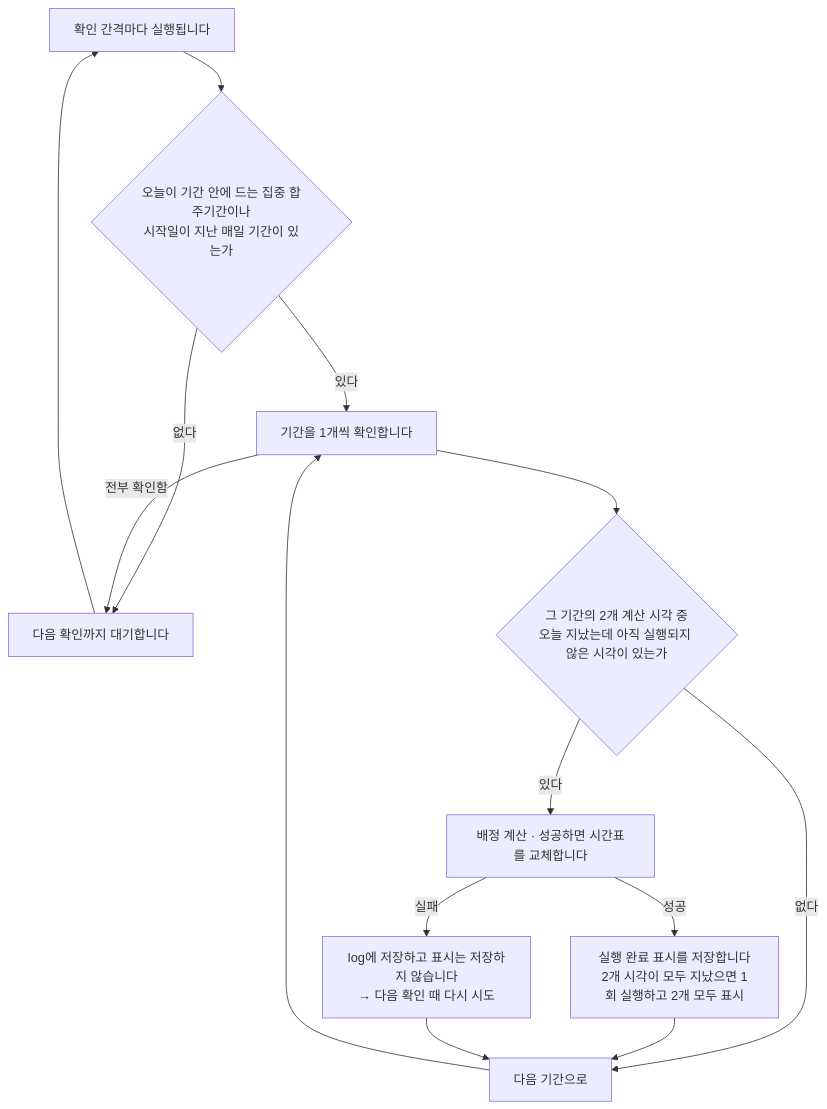
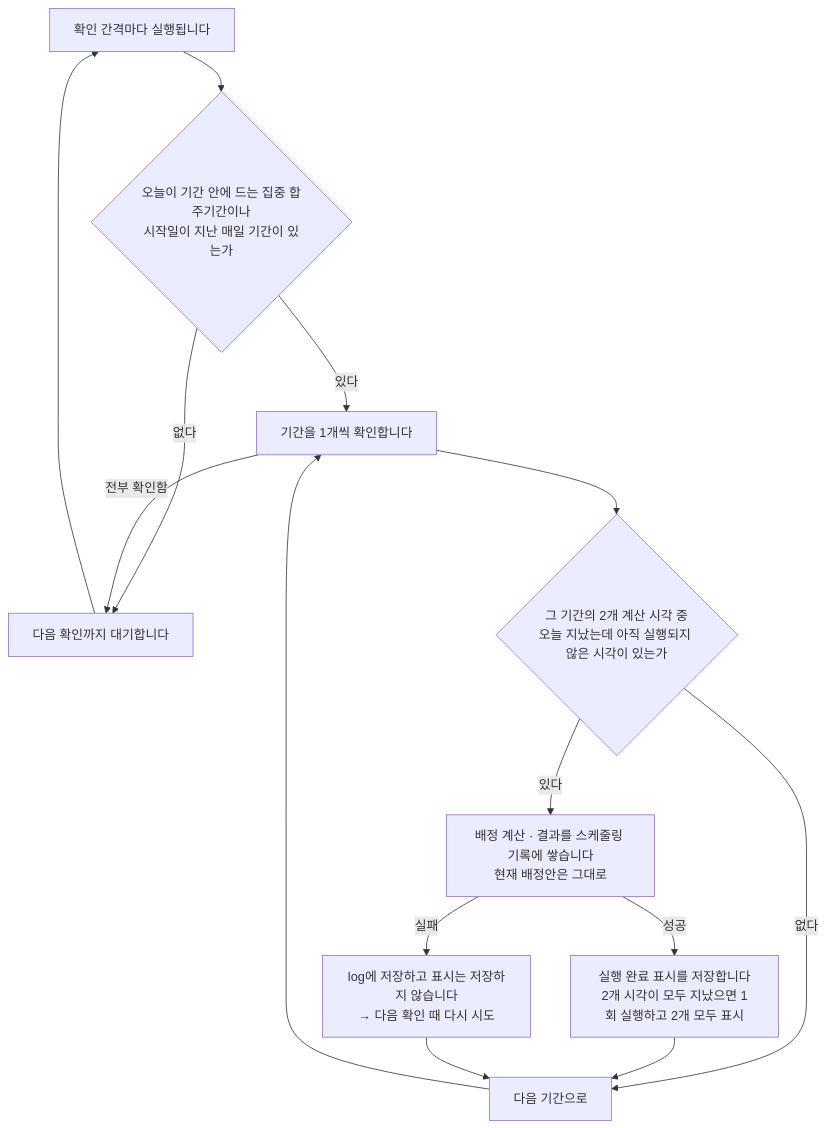
The second of 3 diagrams in .cluedoc/auto-assignment/auto-assignment.md (minkong-dev/Banblit), drawn with Mermaid before and after one commit. The commit also changed other lines of this file and 40 other files, not shown here.

````diff
--- a/.cluedoc/auto-assignment/auto-assignment.md
+++ b/.cluedoc/auto-assignment/auto-assignment.md
@@ -175,16 +188,16 @@
 ```mermaid
 flowchart TD
     W[확인 간격마다 실행됩니다] --> P{오늘이 기간 안에 드는 집중 합주기간이나<br/>시작일이 지난 매일 기간이 있는가}
     P -->|없다| S[다음 확인까지 대기합니다]
     P -->|있다| L[기간을 1개씩 확인합니다]
     L --> D{그 기간의 2개 계산 시각 중<br/>오늘 지났는데 아직 실행되지 않은 시각이 있는가}
     D -->|없다| N[다음 기간으로]
-    D -->|있다| C[배정 계산 · 성공하면 시간표를 교체합니다]
+    D -->|있다| C[배정 계산 · 결과를 스케줄링 기록에 쌓습니다<br/>현재 배정안은 그대로]
     C -->|성공| M[실행 완료 표시를 저장합니다<br/>2개 시각이 모두 지났으면 1회 실행하고 2개 모두 표시]
     C -->|실패| E[log에 저장하고 표시는 저장하지 않습니다<br/>→ 다음 확인 때 다시 시도]
     M --> N
     E --> N
     N --> L
     L -->|전부 확인함| S
     S --> W
 ```
````
